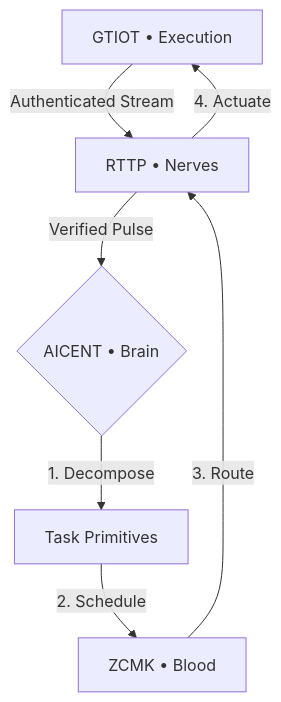
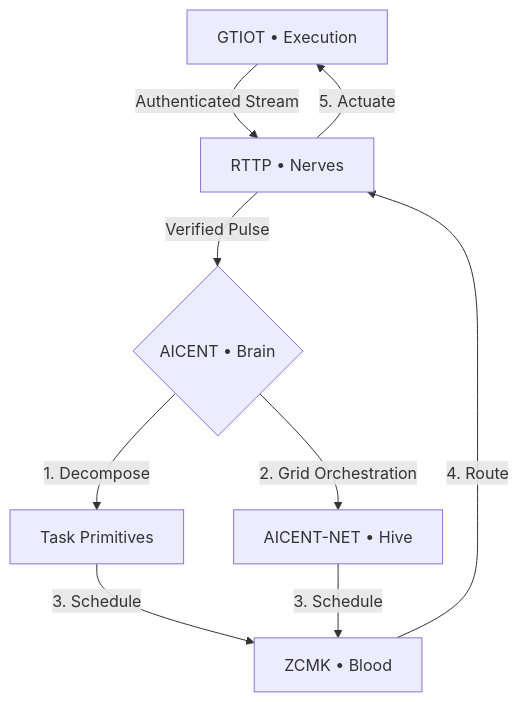
Before and after one commit to Aicent-Stack/aicent: the diagram in README.md, drawn with Mermaid. The commit also changed other lines of this file, not shown here.

````diff
--- a/README.md
+++ b/README.md
@@ -38,9 +38,10 @@
 ```mermaid
 graph TD
     G[GTIOT • Senses] -->|Authenticated Stream| R[RTTP • Nerves]
     R -->|Verified Pulse| A{AICENT • Brain}
     A -->|1. Decompose| P[Task Primitives]
-    P -->|2. Schedule| Z[ZCMK • Blood]
-    Z -->|3. Route| R
-    R -->|4. Actuate| G[GTIOT • Execution]
+    A -->|2. Grid Orchestration| H[AICENT-NET • Hive]
+    P & H -->|3. Schedule| Z[ZCMK • Blood]
+    Z -->|4. Route| R
+    R -->|5. Actuate| G[GTIOT • Execution]
 ```
````
